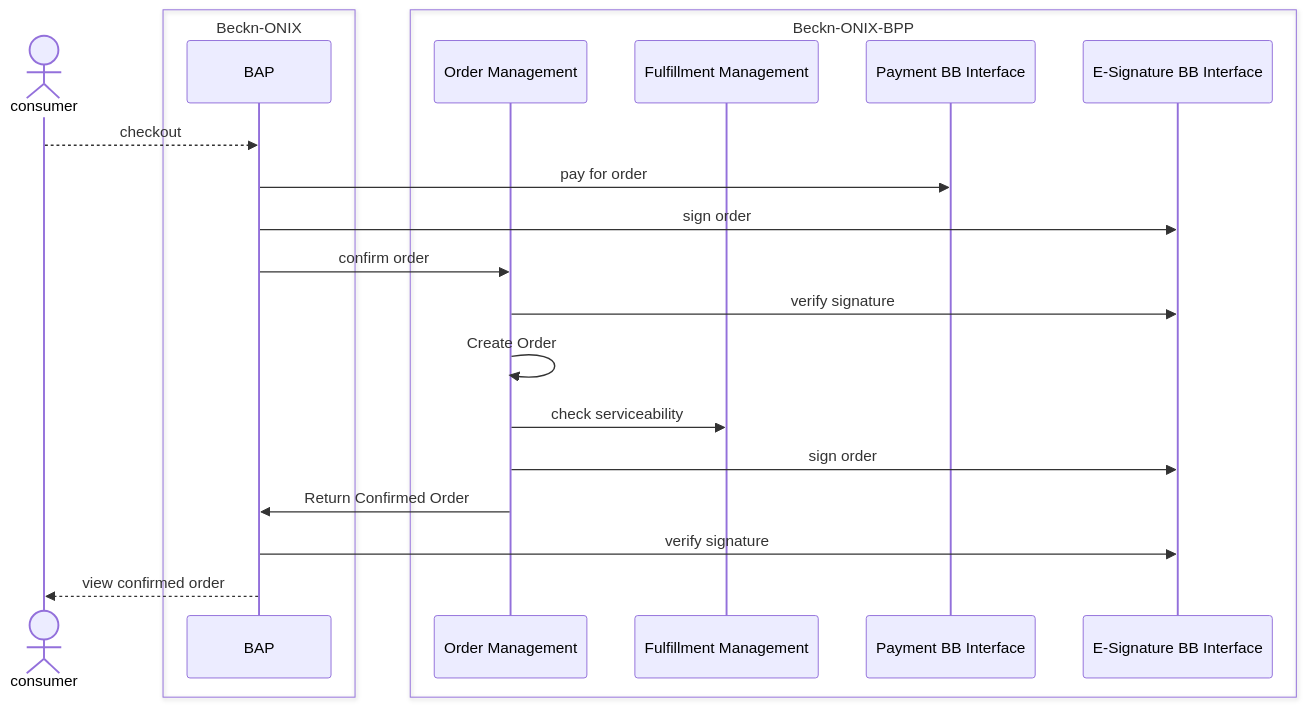
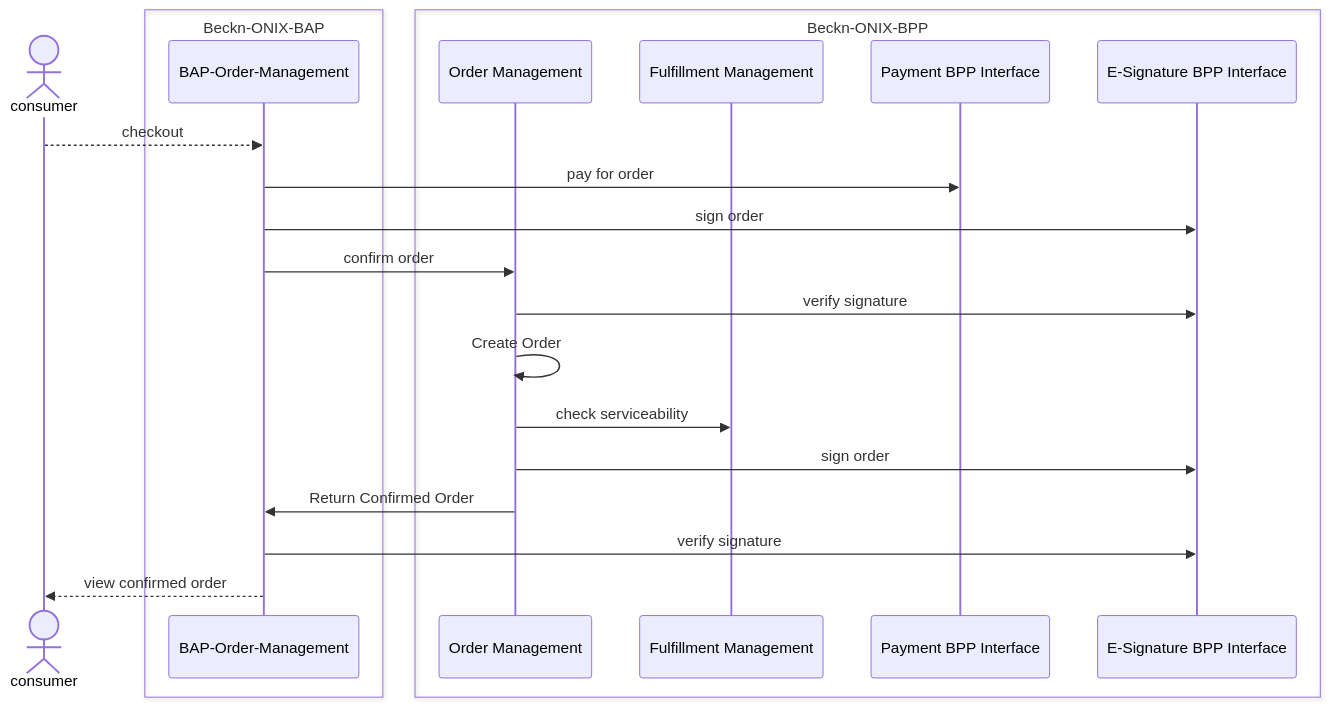
One commit to rajaneeshk90/gitbook-exp changed the sixth of 17 diagrams in README.md. Above: the diagram before and after it, drawn with Mermaid. The commit also changed other lines of this file, not shown here.

````diff
--- a/README.md
+++ b/README.md
@@ -191,24 +177,24 @@
 ```mermaid
 sequenceDiagram
     Actor consumer
-    box Beckn-ONIX
-    participant BAP
+    box Beckn-ONIX-BAP
+    participant BAP-Order-Management
     end
     box Beckn-ONIX-BPP
     participant Order Management
     participant Fulfillment Management
-    participant Payment BB Interface
-    participant E-Signature BB Interface
+    participant Payment BPP Interface
+    participant E-Signature BPP Interface
     end
-    consumer-->>BAP: checkout
-    BAP->>Payment BB Interface: pay for order
-    BAP->>E-Signature BB Interface:sign order
-    BAP->>Order Management:confirm order
-    Order Management->>E-Signature BB Interface:verify signature
+    consumer-->>BAP-Order-Management: checkout
+    BAP-Order-Management->>Payment BPP Interface: pay for order
+    BAP-Order-Management->>E-Signature BPP Interface:sign order
+    BAP-Order-Management->>Order Management:confirm order
+    Order Management->>E-Signature BPP Interface:verify signature
     Order Management->>Order Management: Create Order
     Order Management->>Fulfillment Management: check serviceability
-    Order Management->>E-Signature BB Interface:sign order
-    Order Management->>BAP: Return Confirmed Order
-    BAP->>E-Signature BB Interface:verify signature
-    BAP-->>consumer:view confirmed order
+    Order Management->>E-Signature BPP Interface:sign order
+    Order Management->>BAP-Order-Management: Return Confirmed Order
+    BAP-Order-Management->>E-Signature BPP Interface:verify signature
+    BAP-Order-Management-->>consumer:view confirmed order
 ```
````
